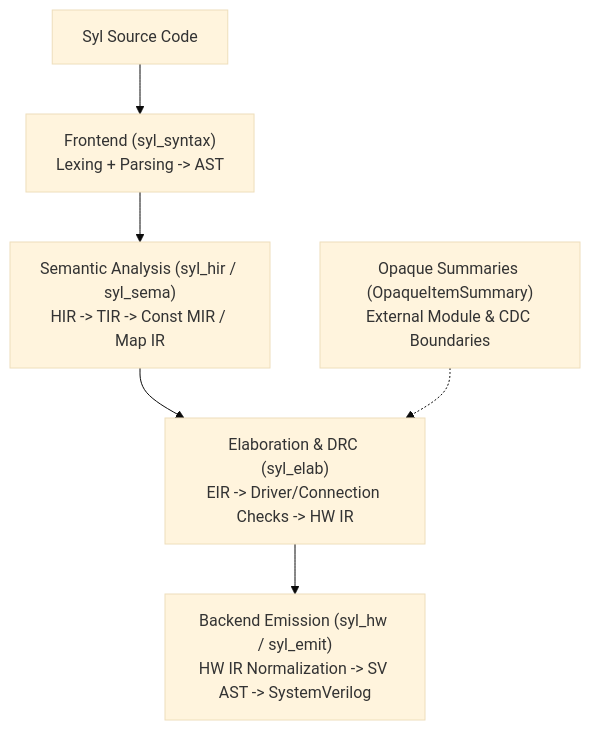
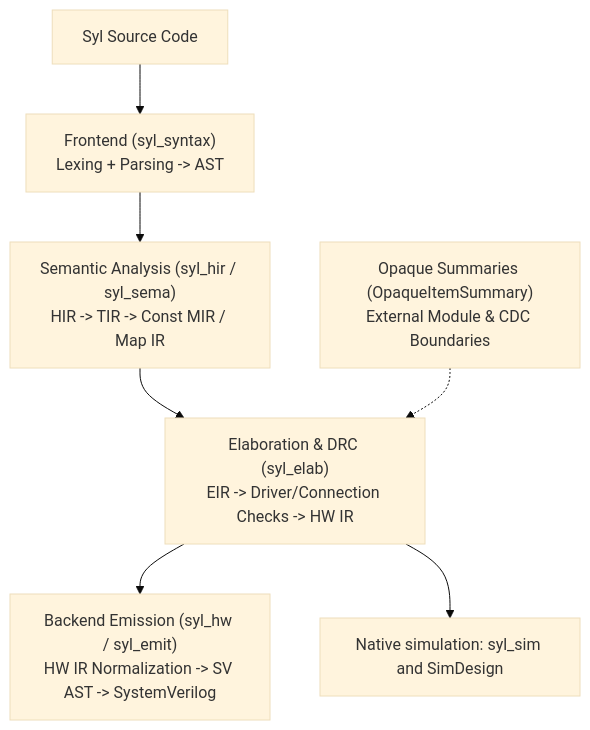
The diagram in docs/explanation/index.mdx (syllang/docs), drawn with Mermaid (base theme) before and after one commit. The commit also changed other lines of this file and 25 other files, not shown here.

First line of the commit message:
docs(docs): document native simulation, CPU SIMD, CUDA GPU, and VCD fault replay (#13)

````diff
--- a/docs/explanation/index.mdx
+++ b/docs/explanation/index.mdx
@@ -44,15 +42,16 @@
 ```mermaid
 flowchart TB
     Source["Syl Source Code"]
     P2["Frontend (syl_syntax)\nLexing + Parsing -> AST"]
     P3["Semantic Analysis (syl_hir / syl_sema)\nHIR -> TIR -> Const MIR / Map IR"]
     P5["Opaque Summaries (OpaqueItemSummary)\nExternal Module & CDC Boundaries"]
     P4["Elaboration & DRC (syl_elab)\nEIR -> Driver/Connection Checks -> HW IR"]
     P6["Backend Emission (syl_hw / syl_emit)\nHW IR Normalization -> SV AST -> SystemVerilog"]
 
     Source --> P2
     P2 --> P3
     P3 --> P4
     P5 -.-> P4
     P4 --> P6
+    P4 --> Sim["Native simulation: syl_sim and SimDesign"]
 ```
````
